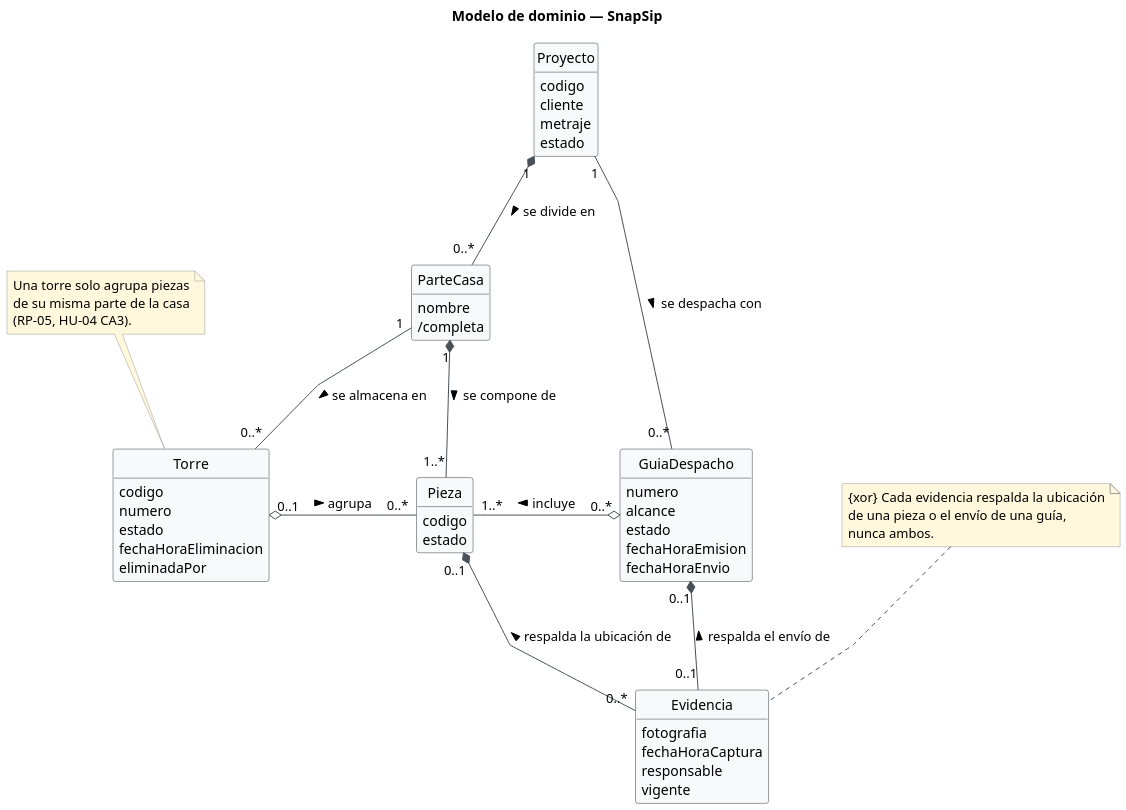
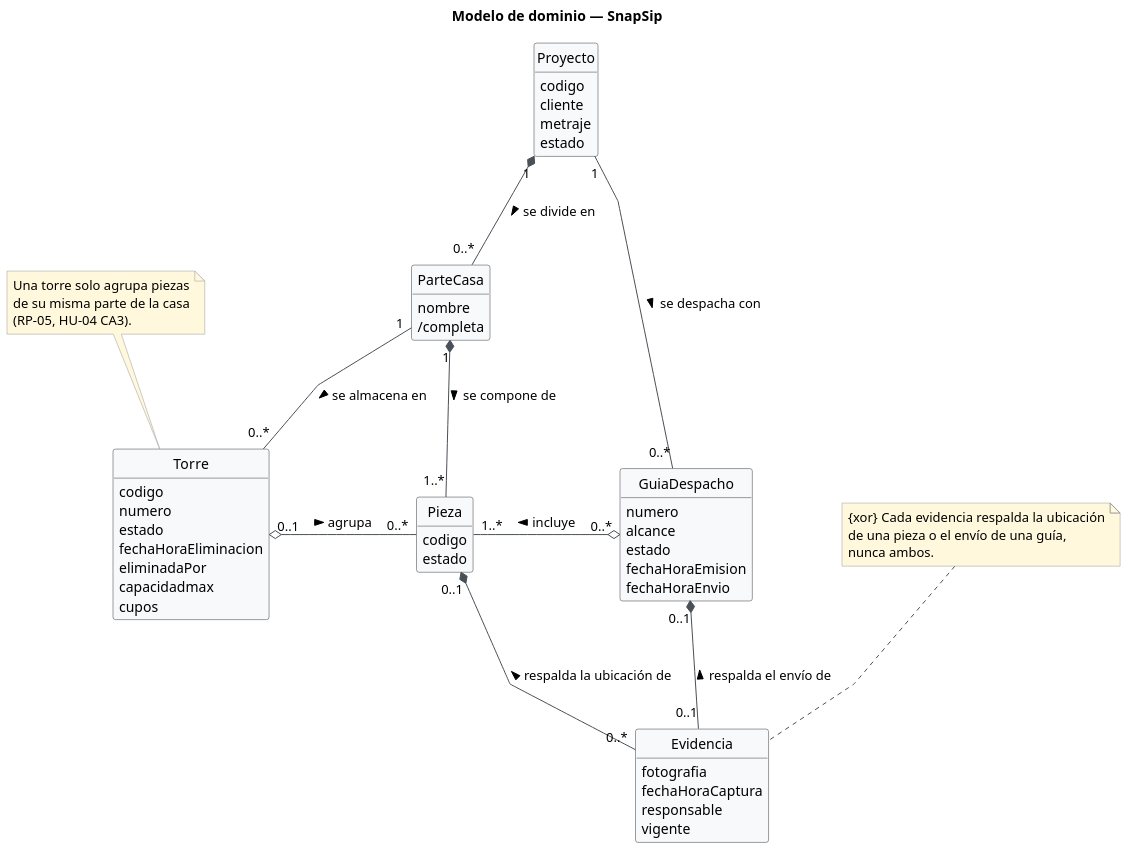
One commit to Foyzen-Kaze/snapsip changed the diagram in diagramas/modelo-de-dominio.puml. Above: the diagram before and after it, drawn with PlantUML.

```diff
--- a/diagramas/modelo-de-dominio.puml
+++ b/diagramas/modelo-de-dominio.puml
@@ -1,85 +1,87 @@
 @startuml modelo-dominio
 hide methods
 hide circle
 hide empty members
 skinparam classAttributeIconSize 0
 skinparam dpi 150
 skinparam linetype polyline
 skinparam nodesep 90
 skinparam ranksep 90
 skinparam shadowing false
 
 skinparam class {
     BackgroundColor #F8F9FA
     BorderColor #343A40
     ArrowColor #495057
 }
 skinparam note {
     BackgroundColor #FFF8DC
     BorderColor #999999
 }
 
 title Modelo de dominio — SnapSip
 
 class Proyecto {
   codigo
   cliente
   metraje
   estado
 }
 
 class ParteCasa {
   nombre
   /completa
 }
 
 class Pieza {
   codigo
   estado
 }
 
 class Torre {
   codigo
   numero
   estado
   fechaHoraEliminacion
   eliminadaPor
+  capacidadmax
+  cupos
 }
 
 class GuiaDespacho {
   numero
   alcance
   estado
   fechaHoraEmision
   fechaHoraEnvio
 }
 
 class Evidencia {
   fotografia
   fechaHoraCaptura
   responsable
   vigente
 }
 
 ' Composición: ciclo de vida dependiente
 Proyecto "1" *-down- "0..*" ParteCasa : se divide en >
 ParteCasa "1" *-down- "1..*" Pieza : se compone de >
 Pieza "0..1" *-down- "0..*" Evidencia : respalda la ubicación de <
 GuiaDespacho "0..1" *-down- "0..1" Evidencia : respalda el envío de <
 
 ' Agregación: agrupación física o documental temporal
 Torre "0..1" o-right- "0..*" Pieza : agrupa >
 GuiaDespacho "0..*" o-left- "1..*" Pieza : incluye >
 
 ' Asociaciones simples
 ParteCasa "1" -down- "0..*" Torre : se almacena en >
 Proyecto "1" -right- "0..*" GuiaDespacho : se despacha con >
 
 ' Restricciones que la multiplicidad no expresa
 note "Una torre solo agrupa piezas\nde su misma parte de la casa\n(RP-05, HU-04 CA3)." as N1
 N1 .. Torre
 
 note "{xor} Cada evidencia respalda la ubicación\nde una pieza o el envío de una guía,\nnunca ambos." as N2
 N2 .. Evidencia
 
 @enduml
```
